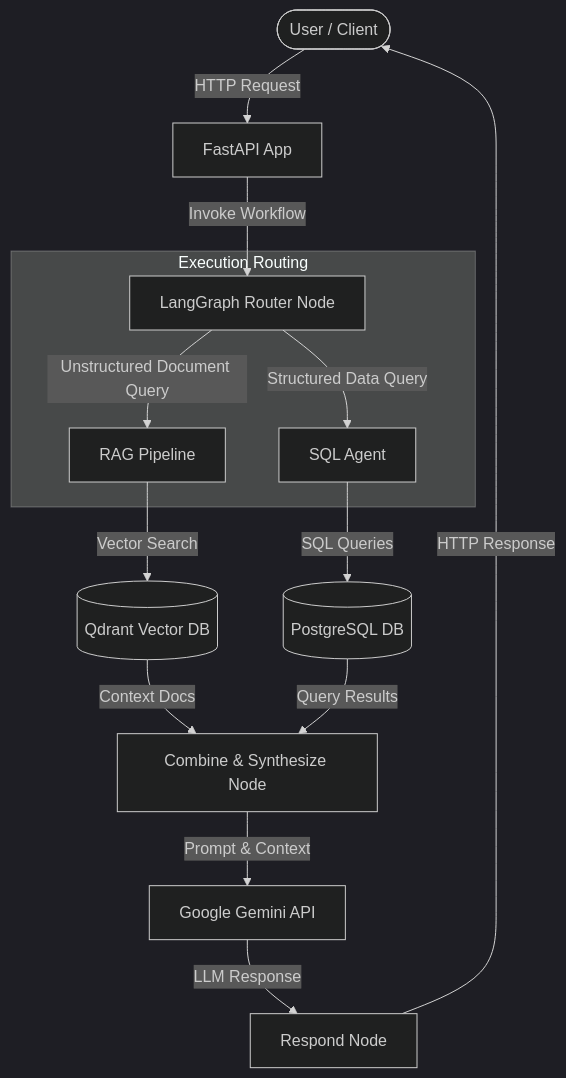
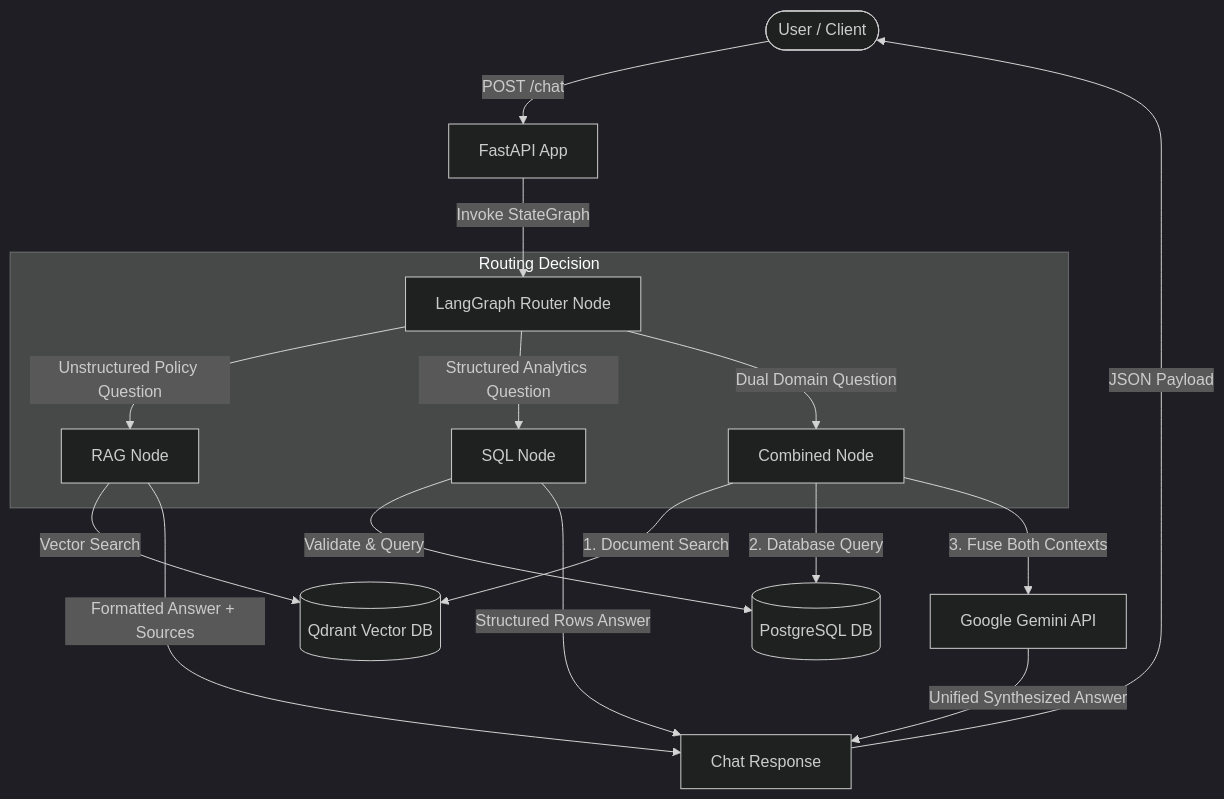
The diagram in README.md (anujmindfire/gen-ai-data-assistant), drawn with Mermaid (dark theme) before and after one commit. The commit also changed other lines of this file and 9 other files, not shown here.

Commit message:
feat: implement LangGraph intelligent routing between RAG and SQL

````diff
--- a/README.md
+++ b/README.md
@@ -15,20 +14,23 @@
 ```mermaid
 flowchart TD
-    User([User / Client]) -->|HTTP Request| FastAPI[FastAPI App]
-    FastAPI -->|Invoke Workflow| Router[LangGraph Router Node]
+    User([User / Client]) -->|POST /chat| FastAPI[FastAPI App]
+    FastAPI -->|Invoke StateGraph| Router[LangGraph Router Node]
     
-    subgraph Execution Routing
-        Router -->|Unstructured Document Query| RAG[RAG Pipeline]
-        Router -->|Structured Data Query| SQLAgent[SQL Agent]
+    subgraph Routing Decision
+        Router -->|Unstructured Policy Question| RAG[RAG Node]
+        Router -->|Structured Analytics Question| SQL[SQL Node]
+        Router -->|Dual Domain Question| Combined[Combined Node]
     end
     
     RAG -->|Vector Search| Qdrant[(Qdrant Vector DB)]
-    SQLAgent -->|SQL Queries| PostgreSQL[(PostgreSQL DB)]
+    SQL -->|Validate & Query| PostgreSQL[(PostgreSQL DB)]
     
-    Qdrant -->|Context Docs| Combine[Combine & Synthesize Node]
-    PostgreSQL -->|Query Results| Combine
+    Combined -->|1. Document Search| Qdrant
+    Combined -->|2. Database Query| PostgreSQL
+    Combined -->|3. Fuse Both Contexts| Gemini[Google Gemini API]
     
-    Combine -->|Prompt & Context| Gemini[Google Gemini API]
-    Gemini -->|LLM Response| Respond[Respond Node]
-    Respond -->|HTTP Response| User
+    RAG -->|Formatted Answer + Sources| Response[Chat Response]
+    SQL -->|Structured Rows Answer| Response
+    Gemini -->|Unified Synthesized Answer| Response
+    Response -->|JSON Payload| User
 ```
````
